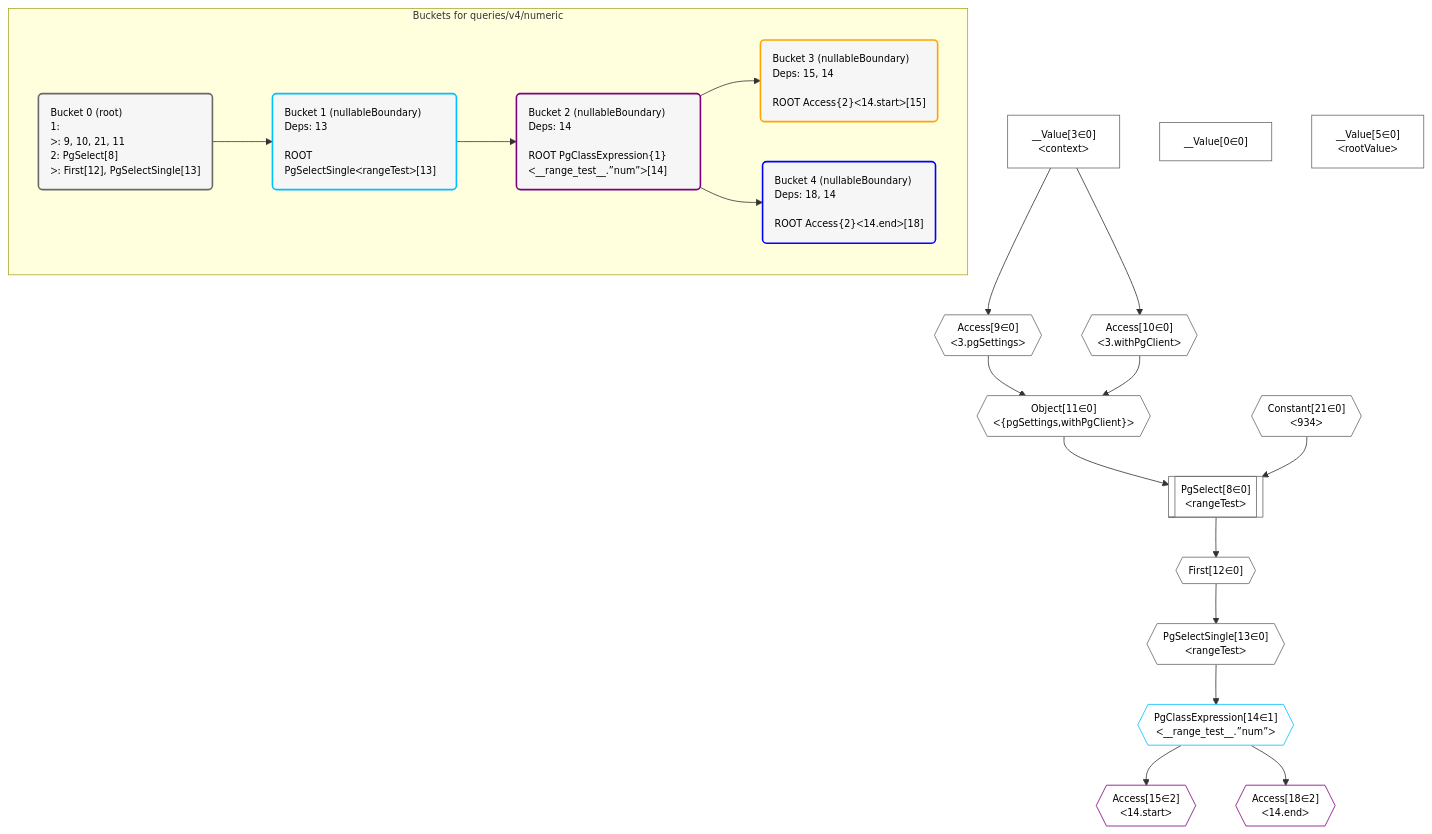
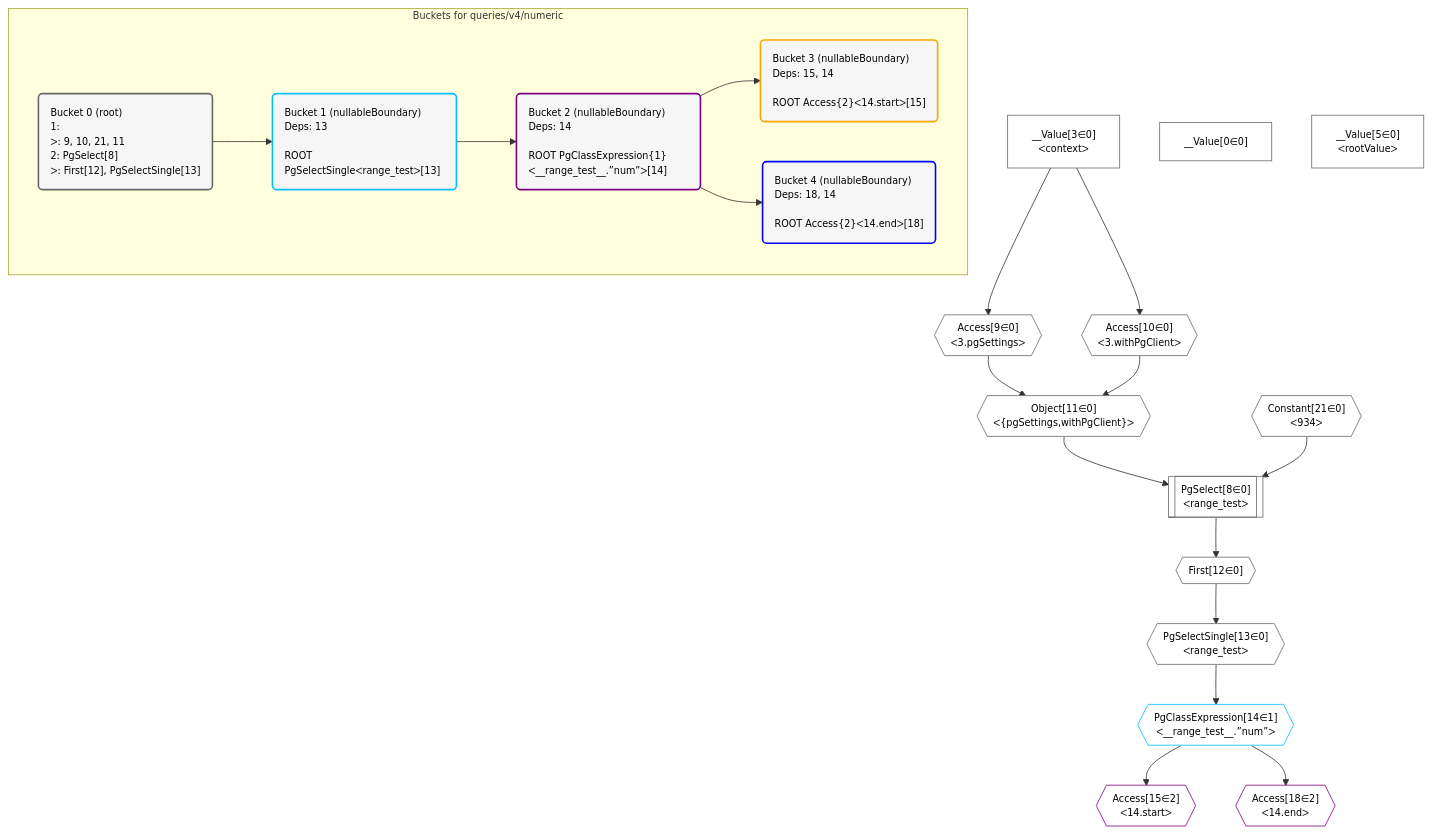
The diagram in postgraphile/postgraphile/__tests__/queries/v4/numeric.mermaid (graphile/crystal), drawn with Mermaid before and after one commit. The commit also changed 48 other files, not shown here.

```diff
--- a/postgraphile/postgraphile/__tests__/queries/v4/numeric.mermaid
+++ b/postgraphile/postgraphile/__tests__/queries/v4/numeric.mermaid
@@ -1,56 +1,56 @@
 %%{init: {'themeVariables': { 'fontSize': '12px'}}}%%
 graph TD
     classDef path fill:#eee,stroke:#000,color:#000
     classDef plan fill:#fff,stroke-width:1px,color:#000
     classDef itemplan fill:#fff,stroke-width:2px,color:#000
     classDef unbatchedplan fill:#dff,stroke-width:1px,color:#000
     classDef sideeffectplan fill:#fcc,stroke-width:2px,color:#000
     classDef bucket fill:#f6f6f6,color:#000,stroke-width:2px,text-align:left
 
 
     %% plan dependencies
     Object11{{"Object[11∈0]<br />ᐸ{pgSettings,withPgClient}ᐳ"}}:::plan
     Access9{{"Access[9∈0]<br />ᐸ3.pgSettingsᐳ"}}:::plan
     Access10{{"Access[10∈0]<br />ᐸ3.withPgClientᐳ"}}:::plan
     Access9 & Access10 --> Object11
-    PgSelect8[["PgSelect[8∈0]<br />ᐸrangeTestᐳ"]]:::plan
+    PgSelect8[["PgSelect[8∈0]<br />ᐸrange_testᐳ"]]:::plan
     Constant21{{"Constant[21∈0]<br />ᐸ934ᐳ"}}:::plan
     Object11 & Constant21 --> PgSelect8
     __Value3["__Value[3∈0]<br />ᐸcontextᐳ"]:::plan
     __Value3 --> Access9
     __Value3 --> Access10
     First12{{"First[12∈0]"}}:::plan
     PgSelect8 --> First12
-    PgSelectSingle13{{"PgSelectSingle[13∈0]<br />ᐸrangeTestᐳ"}}:::plan
+    PgSelectSingle13{{"PgSelectSingle[13∈0]<br />ᐸrange_testᐳ"}}:::plan
     First12 --> PgSelectSingle13
     __Value0["__Value[0∈0]"]:::plan
     __Value5["__Value[5∈0]<br />ᐸrootValueᐳ"]:::plan
     PgClassExpression14{{"PgClassExpression[14∈1]<br />ᐸ__range_test__.”num”ᐳ"}}:::plan
     PgSelectSingle13 --> PgClassExpression14
     Access15{{"Access[15∈2]<br />ᐸ14.startᐳ"}}:::plan
     PgClassExpression14 --> Access15
     Access18{{"Access[18∈2]<br />ᐸ14.endᐳ"}}:::plan
     PgClassExpression14 --> Access18
 
     %% define steps
 
     subgraph "Buckets for queries/v4/numeric"
     Bucket0("Bucket 0 (root)<br />1: <br />ᐳ: 9, 10, 21, 11<br />2: PgSelect[8]<br />ᐳ: First[12], PgSelectSingle[13]"):::bucket
     classDef bucket0 stroke:#696969
     class Bucket0,__Value0,__Value3,__Value5,PgSelect8,Access9,Access10,Object11,First12,PgSelectSingle13,Constant21 bucket0
-    Bucket1("Bucket 1 (nullableBoundary)<br />Deps: 13<br /><br />ROOT PgSelectSingleᐸrangeTestᐳ[13]"):::bucket
+    Bucket1("Bucket 1 (nullableBoundary)<br />Deps: 13<br /><br />ROOT PgSelectSingleᐸrange_testᐳ[13]"):::bucket
     classDef bucket1 stroke:#00bfff
     class Bucket1,PgClassExpression14 bucket1
     Bucket2("Bucket 2 (nullableBoundary)<br />Deps: 14<br /><br />ROOT PgClassExpression{1}ᐸ__range_test__.”num”ᐳ[14]"):::bucket
     classDef bucket2 stroke:#7f007f
     class Bucket2,Access15,Access18 bucket2
     Bucket3("Bucket 3 (nullableBoundary)<br />Deps: 15, 14<br /><br />ROOT Access{2}ᐸ14.startᐳ[15]"):::bucket
     classDef bucket3 stroke:#ffa500
     class Bucket3 bucket3
     Bucket4("Bucket 4 (nullableBoundary)<br />Deps: 18, 14<br /><br />ROOT Access{2}ᐸ14.endᐳ[18]"):::bucket
     classDef bucket4 stroke:#0000ff
     class Bucket4 bucket4
     Bucket0 --> Bucket1
     Bucket1 --> Bucket2
     Bucket2 --> Bucket3 & Bucket4
     end
```
